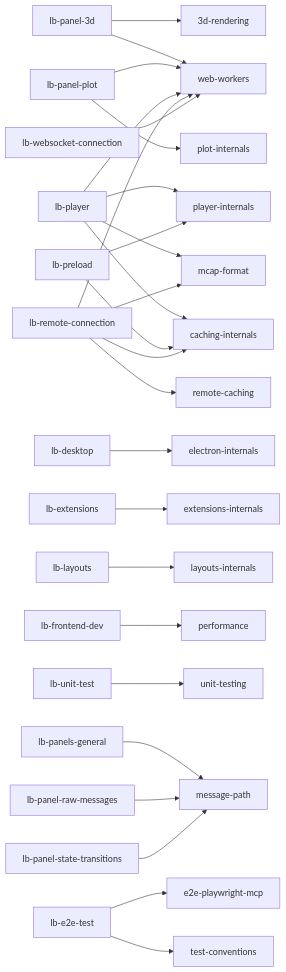
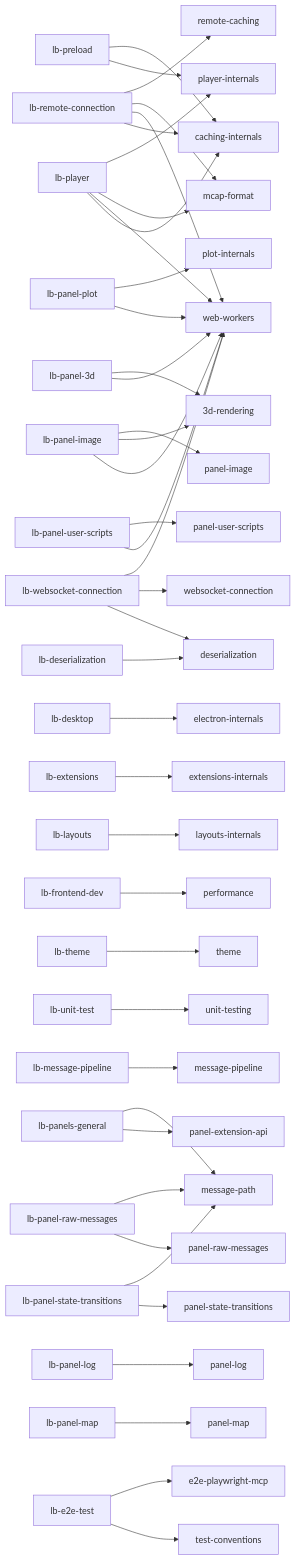
Before and after one commit to lichtblick-suite/lichtblick: the diagram in docs/ai-agents/README.md, drawn with Mermaid. The commit also changed other lines of this file and 21 other files, not shown here.

````diff
--- a/docs/ai-agents/README.md
+++ b/docs/ai-agents/README.md
@@ -107,28 +118,43 @@
 ```mermaid
 graph LR
     lb-panel-3d --> 3d-rendering
     lb-panel-3d --> web-workers
     lb-panel-plot --> plot-internals
     lb-panel-plot --> web-workers
     lb-player --> player-internals
     lb-player --> mcap-format
     lb-player --> web-workers
     lb-player --> caching-internals
     lb-preload --> caching-internals
     lb-preload --> player-internals
     lb-remote-connection --> remote-caching
     lb-remote-connection --> mcap-format
     lb-remote-connection --> web-workers
     lb-remote-connection --> caching-internals
     lb-websocket-connection --> web-workers
+    lb-websocket-connection --> websocket-connection
+    lb-websocket-connection --> deserialization
     lb-desktop --> electron-internals
     lb-extensions --> extensions-internals
     lb-layouts --> layouts-internals
     lb-frontend-dev --> performance
+    lb-theme --> theme
     lb-unit-test --> unit-testing
+    lb-message-pipeline --> message-pipeline
+    lb-deserialization --> deserialization
     lb-panels-general --> message-path
+    lb-panels-general --> panel-extension-api
+    lb-panel-image --> panel-image
+    lb-panel-image --> 3d-rendering
+    lb-panel-image --> web-workers
+    lb-panel-log --> panel-log
+    lb-panel-map --> panel-map
     lb-panel-raw-messages --> message-path
+    lb-panel-raw-messages --> panel-raw-messages
     lb-panel-state-transitions --> message-path
+    lb-panel-state-transitions --> panel-state-transitions
+    lb-panel-user-scripts --> panel-user-scripts
+    lb-panel-user-scripts --> web-workers
     lb-e2e-test --> e2e-playwright-mcp
     lb-e2e-test --> test-conventions
 ```
````
